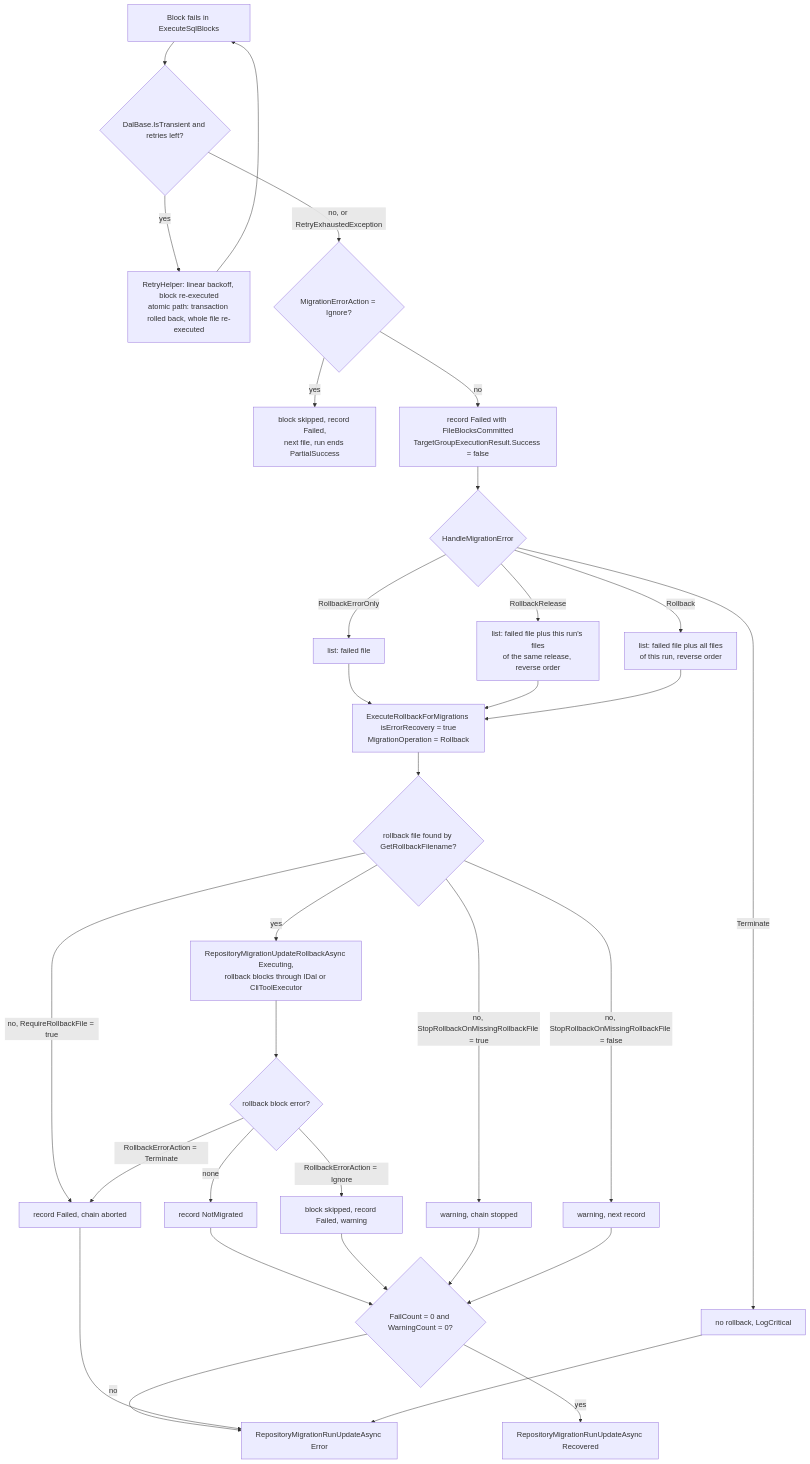
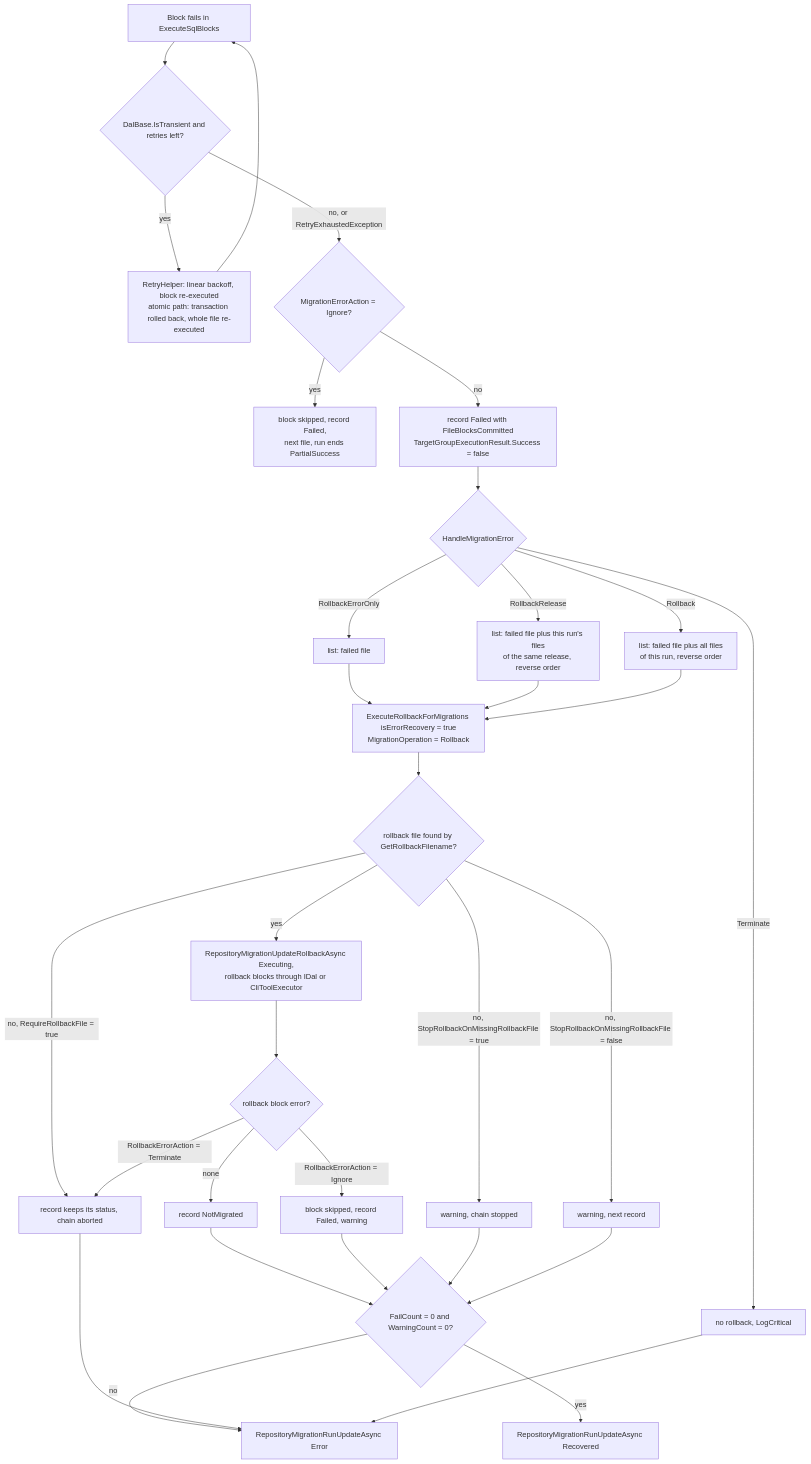
The fifth of 6 diagrams in Docs/arc42/06-Runtime-View.md (RAYCOON/RayMigrator), drawn with Mermaid before and after one commit. The commit also changed 27 other files, not shown here.

````diff
--- a/Docs/arc42/06-Runtime-View.md
+++ b/Docs/arc42/06-Runtime-View.md
@@ -247,34 +247,34 @@
 ```mermaid
 flowchart TD
     B[Block fails in ExecuteSqlBlocks] --> T{DalBase.IsTransient and retries left?}
     T -->|yes| R[RetryHelper: linear backoff, block re-executed<br/>atomic path: transaction rolled back, whole file re-executed]
     R --> B
     T -->|no, or RetryExhaustedException| I{MigrationErrorAction = Ignore?}
     I -->|yes| IG[block skipped, record Failed,<br/>next file, run ends PartialSuccess]
     I -->|no| F[record Failed with FileBlocksCommitted<br/>TargetGroupExecutionResult.Success = false]
     F --> H{HandleMigrationError}
     H -->|Terminate| E1[no rollback, LogCritical]
     H -->|RollbackErrorOnly| L1[list: failed file]
     H -->|RollbackRelease| L2[list: failed file plus this run's files<br/>of the same release, reverse order]
     H -->|Rollback| L3[list: failed file plus all files<br/>of this run, reverse order]
     L1 --> X
     L2 --> X
     L3 --> X[ExecuteRollbackForMigrations isErrorRecovery = true<br/>MigrationOperation = Rollback]
     X --> M{rollback file found by GetRollbackFilename?}
-    M -->|no, RequireRollbackFile = true| A1[record Failed, chain aborted]
+    M -->|no, RequireRollbackFile = true| A1[record keeps its status, chain aborted]
     M -->|no, StopRollbackOnMissingRollbackFile = true| A2[warning, chain stopped]
     M -->|no, StopRollbackOnMissingRollbackFile = false| A3[warning, next record]
     M -->|yes| Y[RepositoryMigrationUpdateRollbackAsync Executing,<br/>rollback blocks through IDal or CliToolExecutor]
     Y --> Z{rollback block error?}
     Z -->|RollbackErrorAction = Terminate| A1
     Z -->|RollbackErrorAction = Ignore| W[block skipped, record Failed, warning]
     Z -->|none| N[record NotMigrated]
     N --> OK{FailCount = 0 and WarningCount = 0?}
     W --> OK
     A2 --> OK
     A3 --> OK
     OK -->|yes| REC[RepositoryMigrationRunUpdateAsync Recovered]
     OK -->|no| ERR[RepositoryMigrationRunUpdateAsync Error]
     A1 --> ERR
     E1 --> ERR
 ```
````
